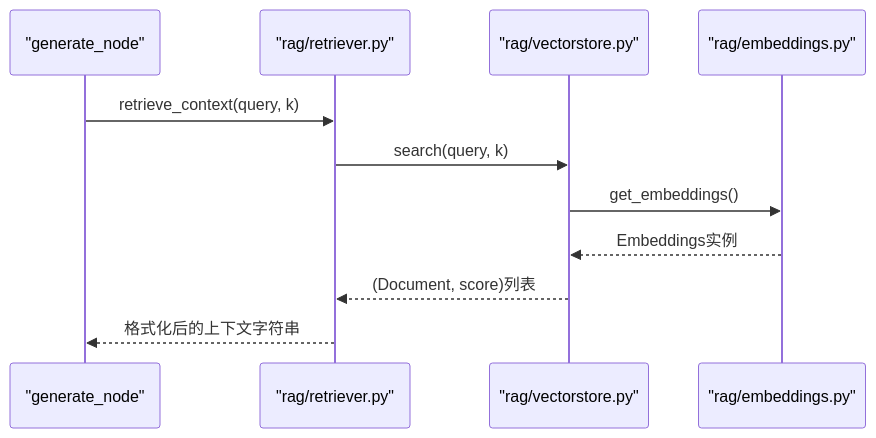
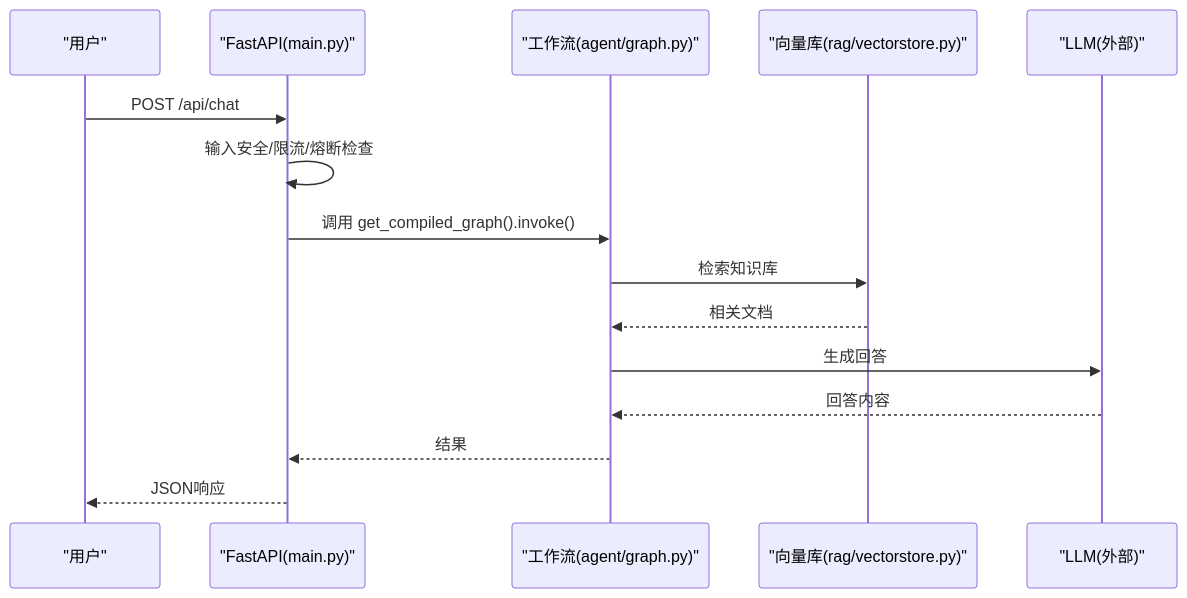
The second of 5 diagrams in .qoder/repowiki/zh/content/部署指南.md (Cecil09312/DingDingAIAssistant), drawn with Mermaid before and after one commit. The commit also changed other lines of this file and 81 other files, not shown here.

````diff
--- a/.qoder/repowiki/zh/content/部署指南.md
+++ b/.qoder/repowiki/zh/content/部署指南.md
@@ -278,13 +89,17 @@
 ```mermaid
 sequenceDiagram
-participant Node as "generate_node"
-participant Retriever as "rag/retriever.py"
-participant Store as "rag/vectorstore.py"
-participant Embed as "rag/embeddings.py"
-Node->>Retriever : retrieve_context(query, k)
-Retriever->>Store : search(query, k)
-Store->>Embed : get_embeddings()
-Embed-->>Store : Embeddings实例
-Store-->>Retriever : (Document, score)列表
-Retriever-->>Node : 格式化后的上下文字符串
+participant U as "用户"
+participant API as "FastAPI(main.py)"
+participant G as "工作流(agent/graph.py)"
+participant V as "向量库(rag/vectorstore.py)"
+participant L as "LLM(外部)"
+U->>API : POST /api/chat
+API->>API : 输入安全/限流/熔断检查
+API->>G : 调用 get_compiled_graph().invoke()
+G->>V : 检索知识库
+V-->>G : 相关文档
+G->>L : 生成回答
+L-->>G : 回答内容
+G-->>API : 结果
+API-->>U : JSON响应
 ```
````
